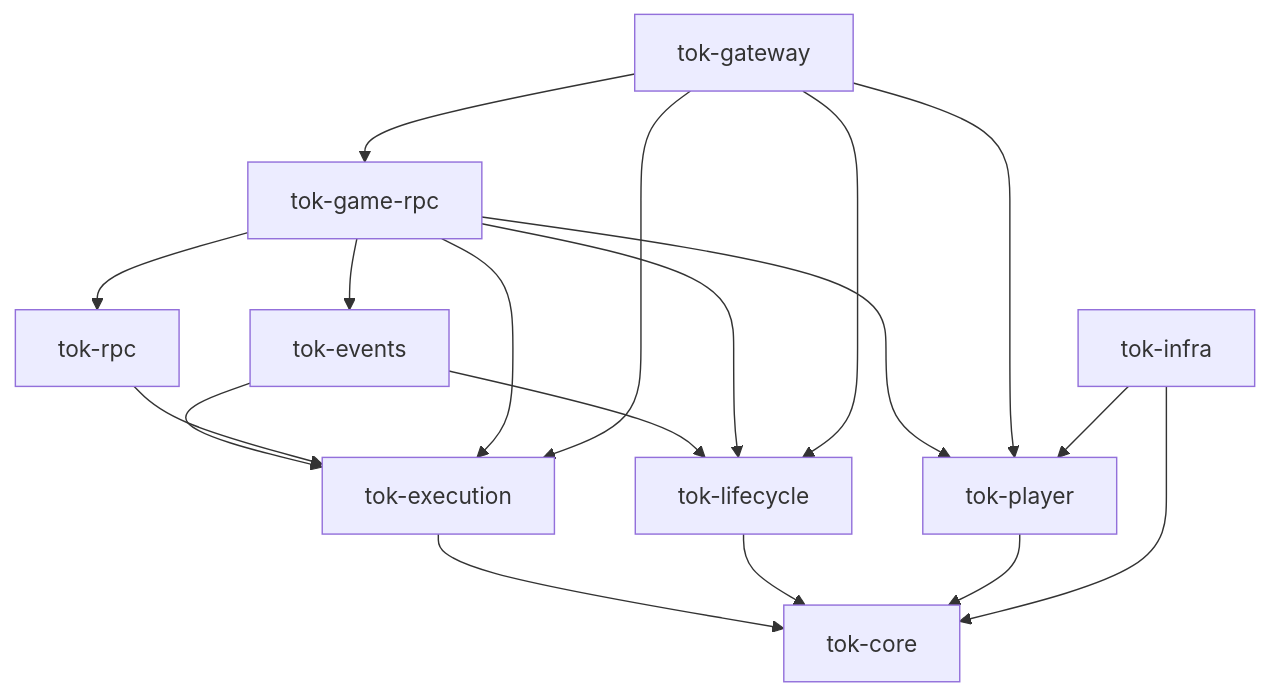
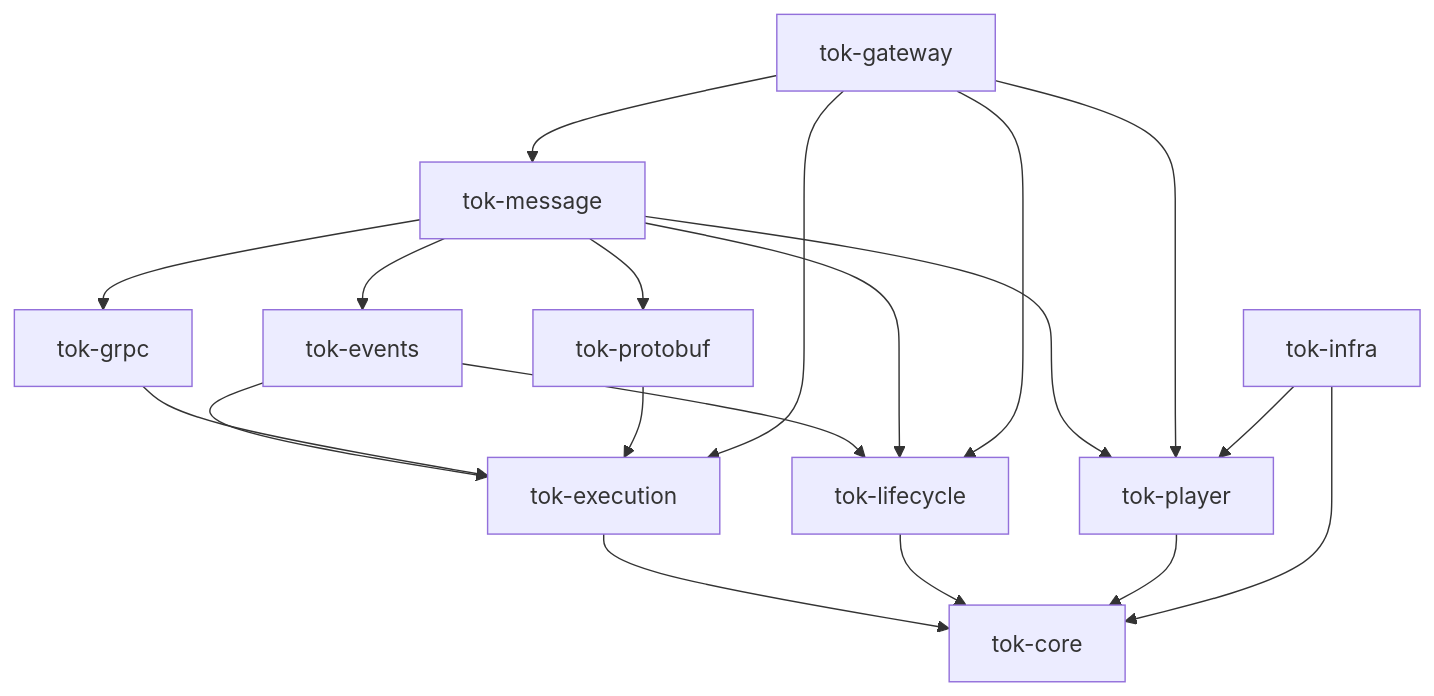
Before and after one commit to gmbytes/tok: the diagram in docs/design.md, drawn with Mermaid. The commit also changed other lines of this file and 87 other files, not shown here.

Commit message:
refactor!: 拆分消息处理与 protobuf 适配并明确 gRPC 职责

````diff
--- a/docs/design.md
+++ b/docs/design.md
@@ -38,20 +38,21 @@
 ```mermaid
 flowchart TD
     execution[tok-execution] --> core[tok-core]
     lifecycle[tok-lifecycle] --> core
     player[tok-player] --> core
     events[tok-events] --> execution
     events --> lifecycle
-    rpc[tok-rpc] --> execution
-    game_rpc[tok-game-rpc] --> rpc
-    game_rpc --> execution
-    game_rpc --> player
-    game_rpc --> events
-    game_rpc --> lifecycle
+    grpc[tok-grpc] --> execution
+    protobuf[tok-protobuf] --> execution
+    message[tok-message] --> protobuf
+    message --> grpc
+    message --> player
+    message --> events
+    message --> lifecycle
     gateway[tok-gateway] --> execution
     gateway --> lifecycle
     gateway --> player
-    gateway --> game_rpc
+    gateway --> message
     infra[tok-infra] --> core
     infra --> player
 ```
````
